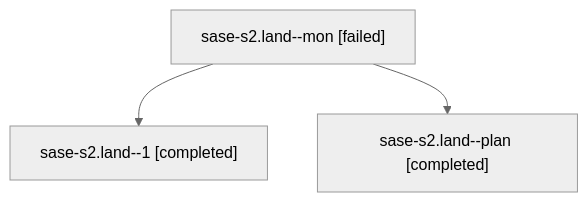
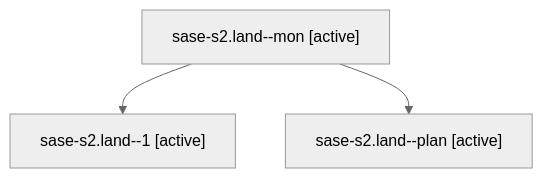
The diagram in families/bbugyi200.athena.sase-s2.land.md (sase-org/sase--agents), drawn with Mermaid (neutral theme) before and after one commit. The commit also changed other lines of this file and 35830 other files, not shown here.

````diff
--- a/families/bbugyi200.athena.sase-s2.land.md
+++ b/families/bbugyi200.athena.sase-s2.land.md
@@ -9,8 +9,8 @@
 ```mermaid
 flowchart TD
-  n0["sase-s2.land--mon [failed]"]
-  n1["sase-s2.land--1 [completed]"]
+  n0["sase-s2.land--mon [active]"]
+  n1["sase-s2.land--1 [active]"]
   n0 --> n1
-  n2["sase-s2.land--plan [completed]"]
+  n2["sase-s2.land--plan [active]"]
   n0 --> n2
 ```
````
